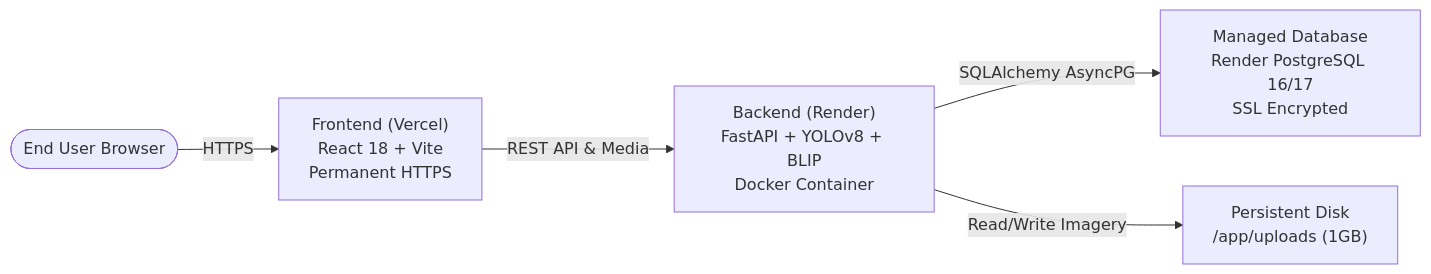
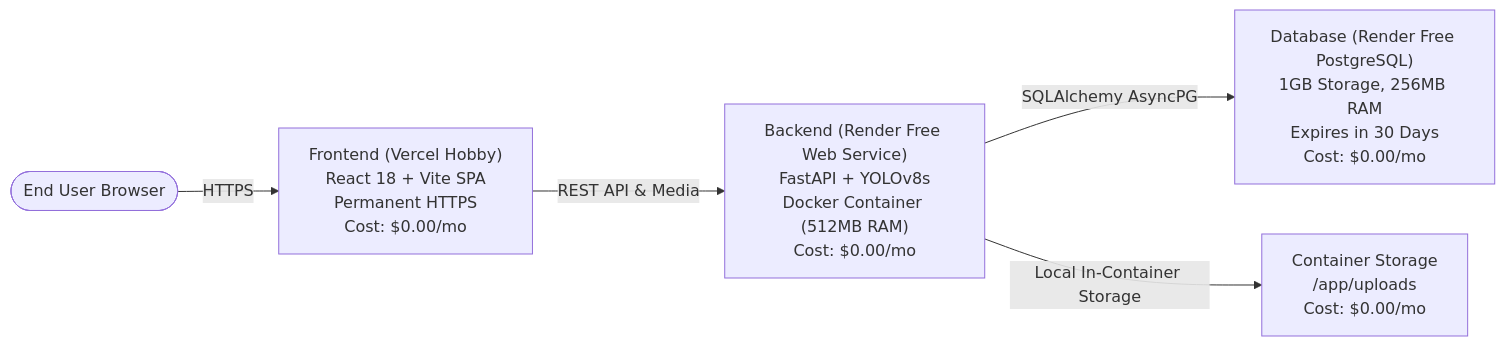
Before and after one commit to vineetbhati-18/conversational-image-recognition-chatbot: the diagram in docs/DEPLOYMENT_GUIDE.md, drawn with Mermaid. The commit also changed other lines of this file and 1 other file, not shown here.

Commit message:
chore(deploy): switch to 100% free-tier architecture on Render and Vercel

````diff
--- a/docs/DEPLOYMENT_GUIDE.md
+++ b/docs/DEPLOYMENT_GUIDE.md
@@ -11,13 +11,13 @@
 ```mermaid
 flowchart LR
     User([End User Browser])
-    Vercel["Frontend (Vercel)<br/>React 18 + Vite<br/>Permanent HTTPS"]
-    Render["Backend (Render)<br/>FastAPI + YOLOv8 + BLIP<br/>Docker Container"]
-    PostgreSQL["Managed Database<br/>Render PostgreSQL 16/17<br/>SSL Encrypted"]
-    Storage["Persistent Disk<br/>/app/uploads (1GB)"]
+    Vercel["Frontend (Vercel Hobby)<br/>React 18 + Vite SPA<br/>Permanent HTTPS<br/>Cost: $0.00/mo"]
+    Render["Backend (Render Free Web Service)<br/>FastAPI + YOLOv8s<br/>Docker Container (512MB RAM)<br/>Cost: $0.00/mo"]
+    PostgreSQL["Database (Render Free PostgreSQL)<br/>1GB Storage, 256MB RAM<br/>Expires in 30 Days<br/>Cost: $0.00/mo"]
+    Storage["Container Storage<br/>/app/uploads<br/>Cost: $0.00/mo"]
 
     User -->|HTTPS| Vercel
     Vercel -->|REST API & Media| Render
     Render -->|SQLAlchemy AsyncPG| PostgreSQL
-    Render -->|Read/Write Imagery| Storage
+    Render -->|Local In-Container Storage| Storage
 ```
````
